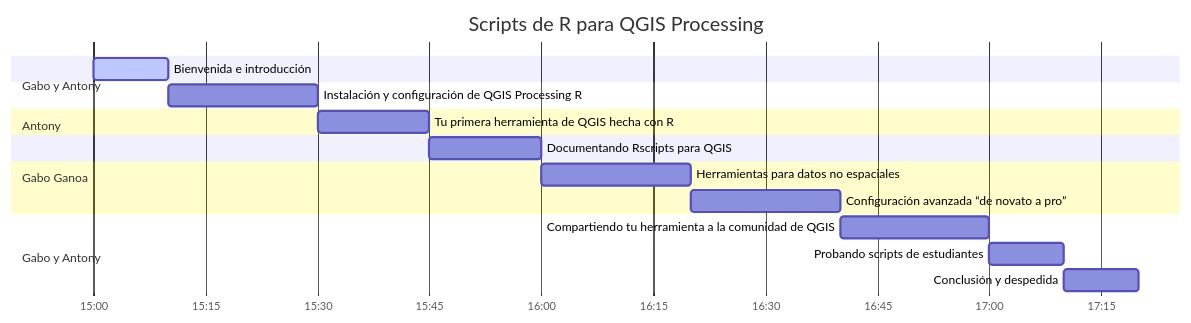
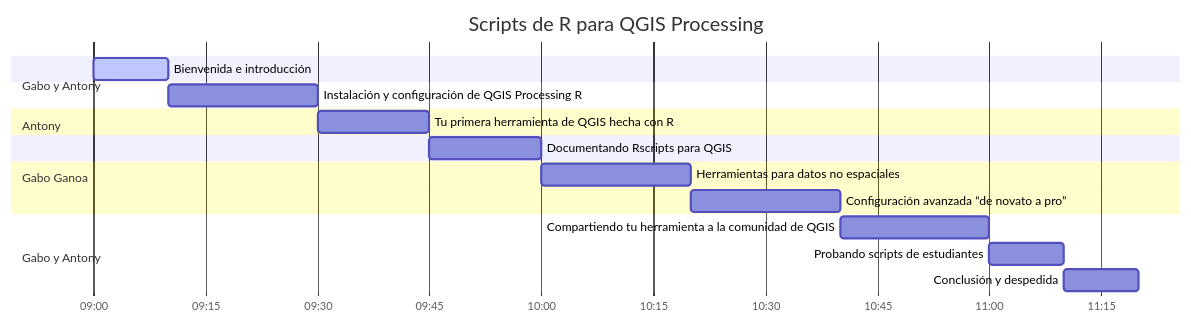
Before and after one commit to gavg712/taller-r-scripts-for-qgis: the diagram in README.md, drawn with Mermaid. The commit also changed other lines of this file, not shown here.

````diff
--- a/README.md
+++ b/README.md
@@ -63,27 +63,27 @@
 ```mermaid
 gantt
     title Scripts de R para QGIS Processing
     dateFormat HH:mm:ss
     axisFormat  %H:%M
 
     section Gabo y Antony
-    Bienvenida e introducción : active, des1, 15:00:00, 10m
+    Bienvenida e introducción : active, des1, 09:00:00, 10m
 
     section Antony
     Instalación y configuración de QGIS Processing R : des2, after des1, 20m
 
     section Gabo Ganoa
     Tu primera herramienta de QGIS hecha con R: des3, after des2,15m
 
     section Gabo y Antony
     Documentando Rscripts para QGIS: des4,after des3, 15m
     
     section Gabo Ganoa
     Herramientas para datos no espaciales: des5,after des4, 20m
     Configuración avanzada “de novato a pro” : des6, after des5, 20m
     
     section Gabo y Antony 
     Compartiendo tu herramienta a la comunidad de QGIS: des7,after des6,20m
     Probando scripts de estudiantes: des8, after des7,10m
     Conclusión y despedida: des9, after des8,10m
 ```
````
